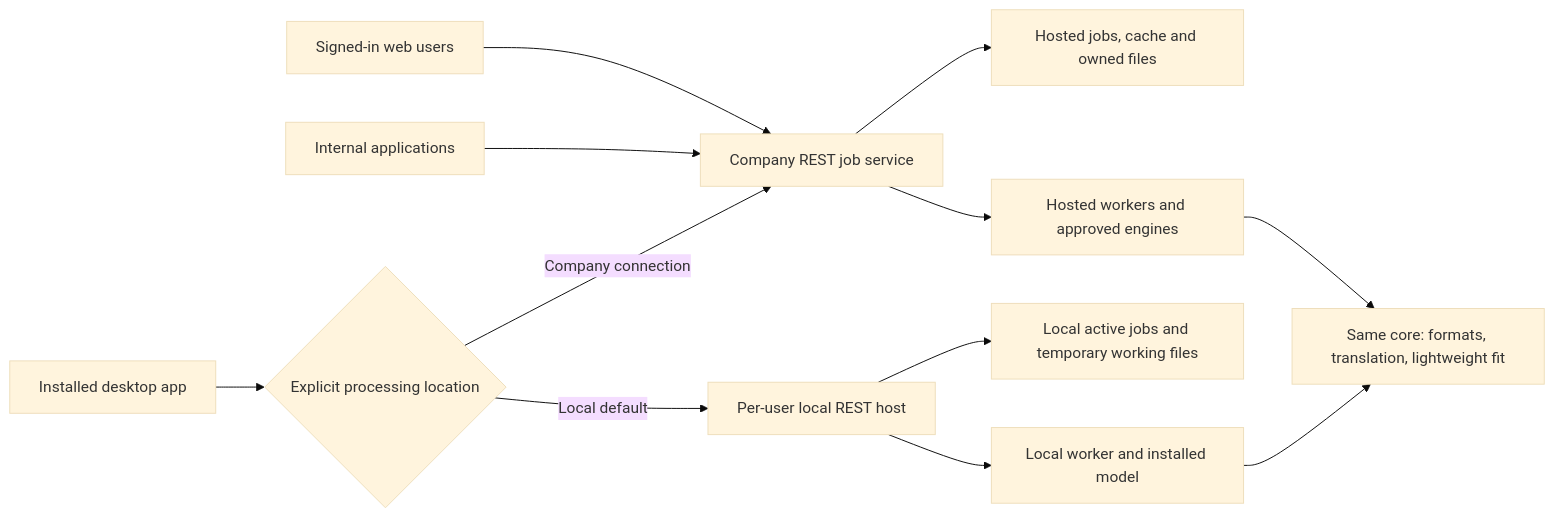
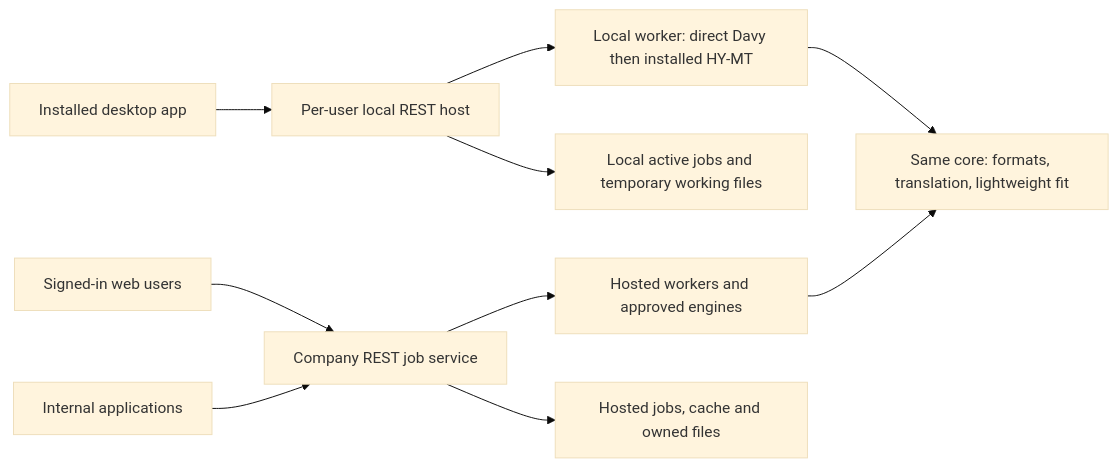
Before and after one commit to mlei06/document-translator: the second of 19 diagrams in docs/Architecture.md, drawn with Mermaid (base theme). The commit also changed other lines of this file and 337 other files, not shown here.

````diff
--- a/docs/Architecture.md
+++ b/docs/Architecture.md
@@ -99,14 +124,12 @@
 ```mermaid
 flowchart LR
     WEB["Signed-in web users"] --> HOST["Company REST job service"]
     APPS["Internal applications"] --> HOST
-    DESK["Installed desktop app"] --> CHOICE{"Explicit processing location"}
-    CHOICE -->|Local default| LOCAL["Per-user local REST host"]
-    CHOICE -->|Company connection| HOST
-    LOCAL --> LW["Local worker and installed model"]
+    DESK["Installed desktop app"] --> LOCAL["Per-user local REST host"]
+    LOCAL --> LW["Local worker: direct Davy then installed HY-MT"]
     LOCAL --> LS["Local active jobs and temporary working files"]
     HOST --> HW["Hosted workers and approved engines"]
     HOST --> HS["Hosted jobs, cache and owned files"]
     LW --> CORE["Same core: formats, translation, lightweight fit"]
     HW --> CORE
 ```
````
